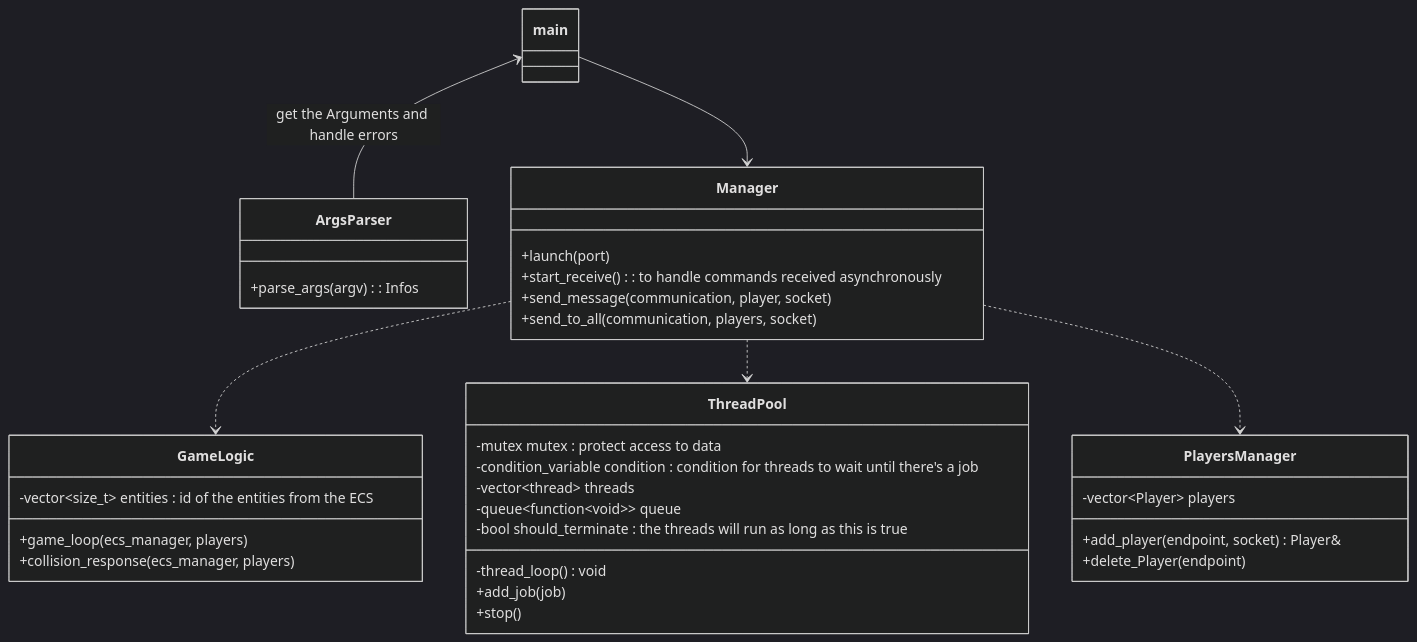
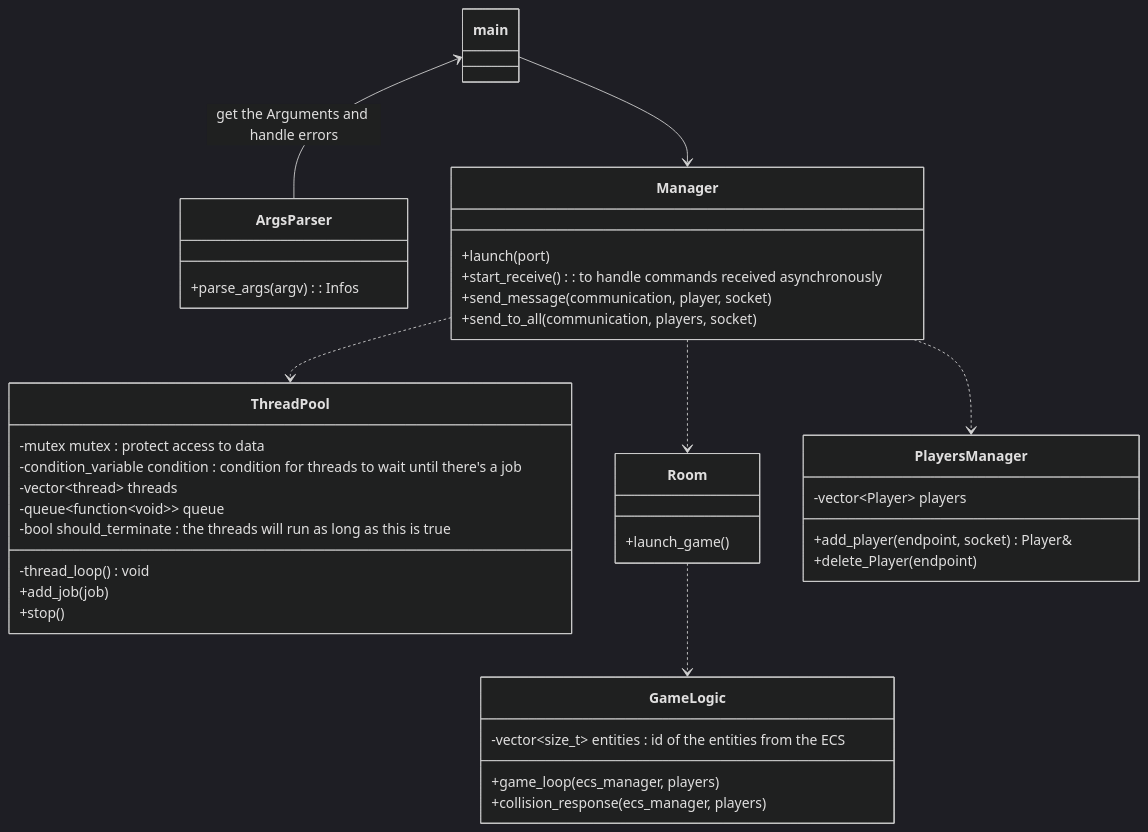
Before and after one commit to Lukacms/R-Type: the first of 3 diagrams in docs/Relations.md, drawn with Mermaid (dark theme). The commit also changed 6 other files, not shown here.

````diff
--- a/docs/Relations.md
+++ b/docs/Relations.md
@@ -5,40 +5,45 @@
 ```mermaid
 classDiagram
     class ArgsParser {
         +parse_args(argv) : Infos
     }
     class Manager {
         +launch(port)
         +start_receive() : to handle commands received asynchronously
         +send_message(communication, player, socket)
         +send_to_all(communication, players, socket)
     }
     class ThreadPool {
         -mutex mutex : protect access to data
         -condition_variable condition : condition for threads to wait until there's a job
         -vector~thread~ threads
         -queue~function~void~~ queue
         -bool should_terminate : the threads will run as long as this is true
         -thread_loop() void
         +add_job(job)
         +stop()
     }
     class GameLogic {
         -vector~size_t~ entities : id of the entities from the ECS
         +game_loop(ecs_manager, players)
         +collision_response(ecs_manager, players)
     }
+    class Room {
+        +launch_game()
+    }
     class PlayersManager {
         +add_player(endpoint, socket) Player&
         +delete_Player(endpoint)
         -vector~Player~ players
     }
     click Manager href "../Server/include/rtype/Manager.hh"
     click ThreadPool href "../Server/include/rtype/clients/ThreadPool.hh"
     click PlayersManager href "../Server/include/rtype/GameLogic/GameLogic.hh"
+    click PlayersManager href "../Server/include/rtype/GameLogic/Room.hh"
     main <-- ArgsParser : get the Arguments and handle errors
     main --> Manager
-    Manager ..> GameLogic
+    Manager ..> Room
     Manager ..> ThreadPool
     Manager ..> PlayersManager
+    Room ..> GameLogic
 ```
````
